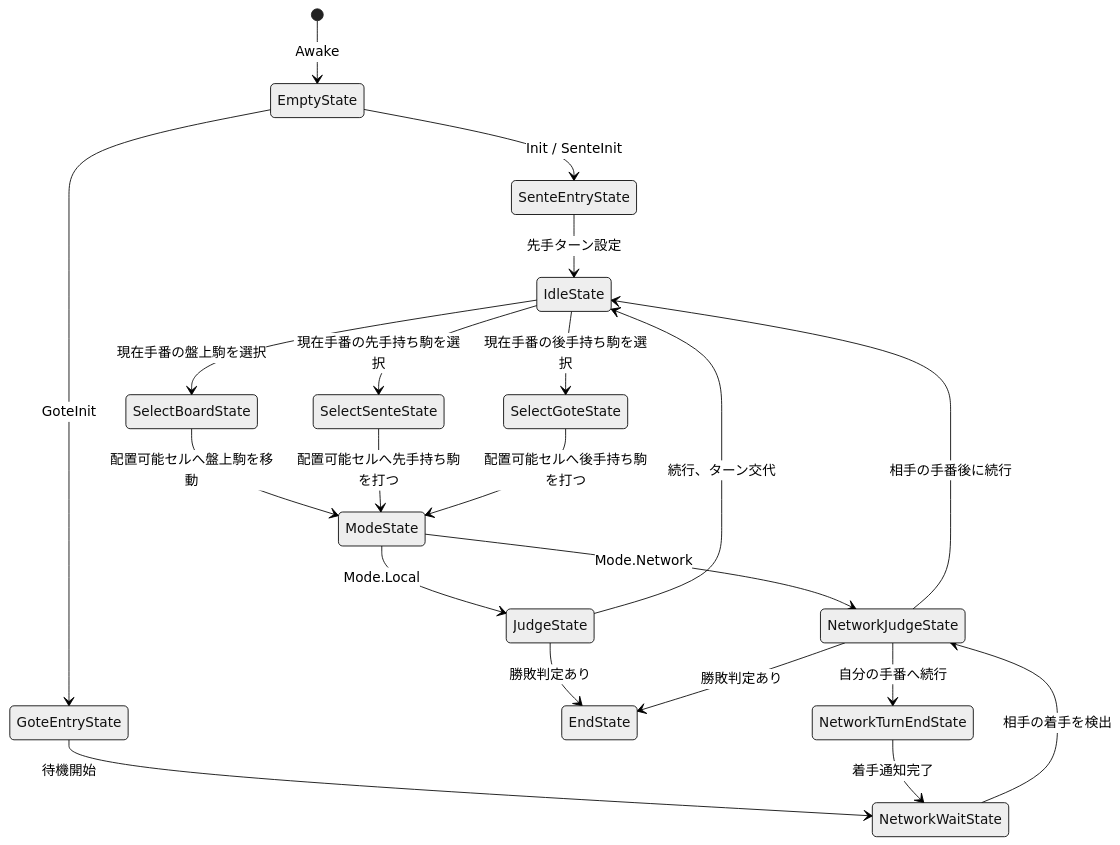
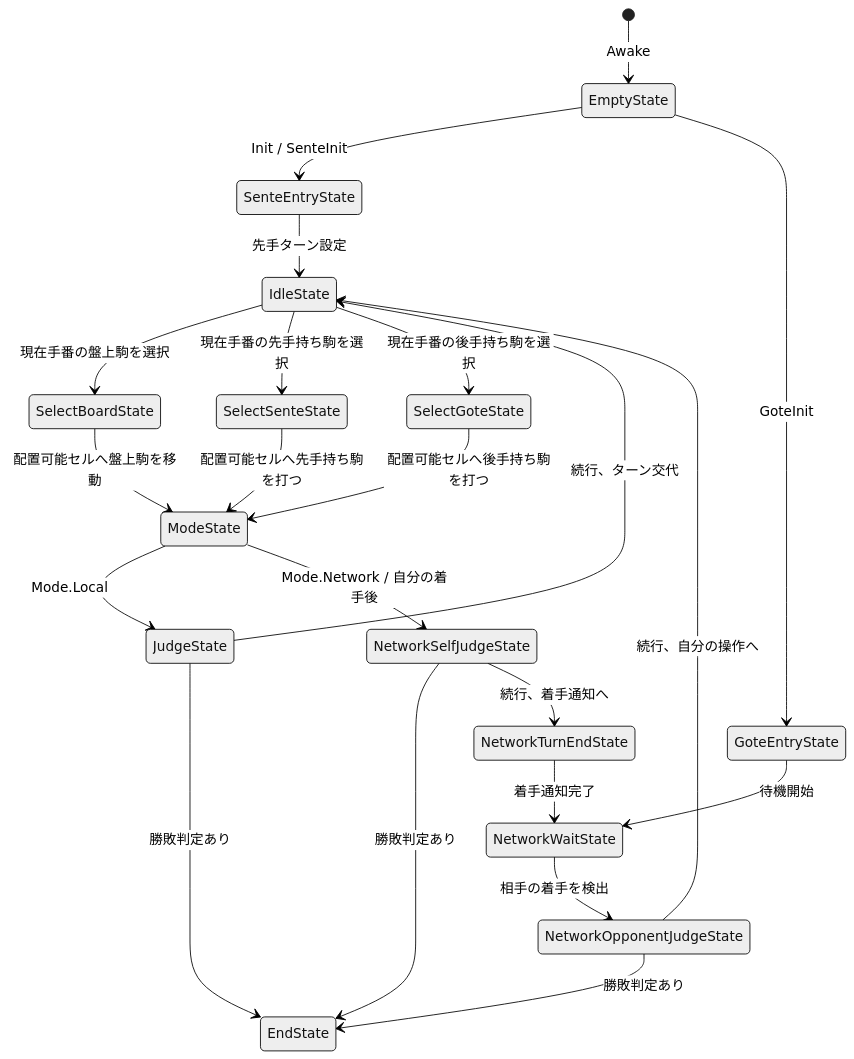
The diagram in README.md (wtrinoue/Online_Shogi), drawn with Mermaid (neutral theme) before and after one commit. The commit also changed other lines of this file, not shown here.

````diff
--- a/README.md
+++ b/README.md
@@ -171,31 +179,32 @@
 ```mermaid
 stateDiagram-v2
     [*] --> EmptyState: Awake
     EmptyState --> SenteEntryState: Init / SenteInit
     EmptyState --> GoteEntryState: GoteInit
 
     SenteEntryState --> IdleState: 先手ターン設定
     GoteEntryState --> NetworkWaitState: 待機開始
 
     IdleState --> SelectBoardState: 現在手番の盤上駒を選択
     IdleState --> SelectSenteState: 現在手番の先手持ち駒を選択
     IdleState --> SelectGoteState: 現在手番の後手持ち駒を選択
 
     SelectBoardState --> ModeState: 配置可能セルへ盤上駒を移動
 
     SelectSenteState --> ModeState: 配置可能セルへ先手持ち駒を打つ
 
     SelectGoteState --> ModeState: 配置可能セルへ後手持ち駒を打つ
 
     ModeState --> JudgeState: Mode.Local
-    ModeState --> NetworkJudgeState: Mode.Network
+    ModeState --> NetworkSelfJudgeState: Mode.Network / 自分の着手後
 
     JudgeState --> EndState: 勝敗判定あり
     JudgeState --> IdleState: 続行、ターン交代
 
-    NetworkJudgeState --> EndState: 勝敗判定あり
-    NetworkJudgeState --> NetworkTurnEndState: 自分の手番へ続行
-    NetworkJudgeState --> IdleState: 相手の手番後に続行
+    NetworkSelfJudgeState --> EndState: 勝敗判定あり
+    NetworkSelfJudgeState --> NetworkTurnEndState: 続行、着手通知へ
     NetworkTurnEndState --> NetworkWaitState: 着手通知完了
-    NetworkWaitState --> NetworkJudgeState: 相手の着手を検出
+    NetworkWaitState --> NetworkOpponentJudgeState: 相手の着手を検出
+    NetworkOpponentJudgeState --> EndState: 勝敗判定あり
+    NetworkOpponentJudgeState --> IdleState: 続行、自分の操作へ
 ```
````
